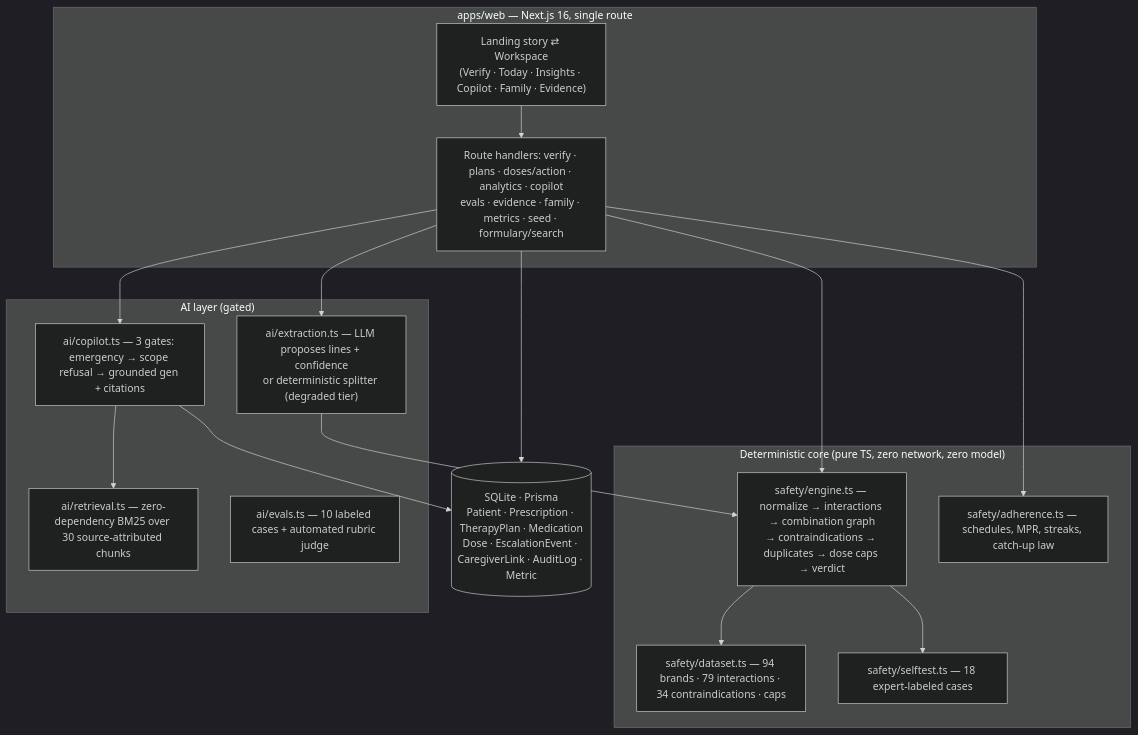
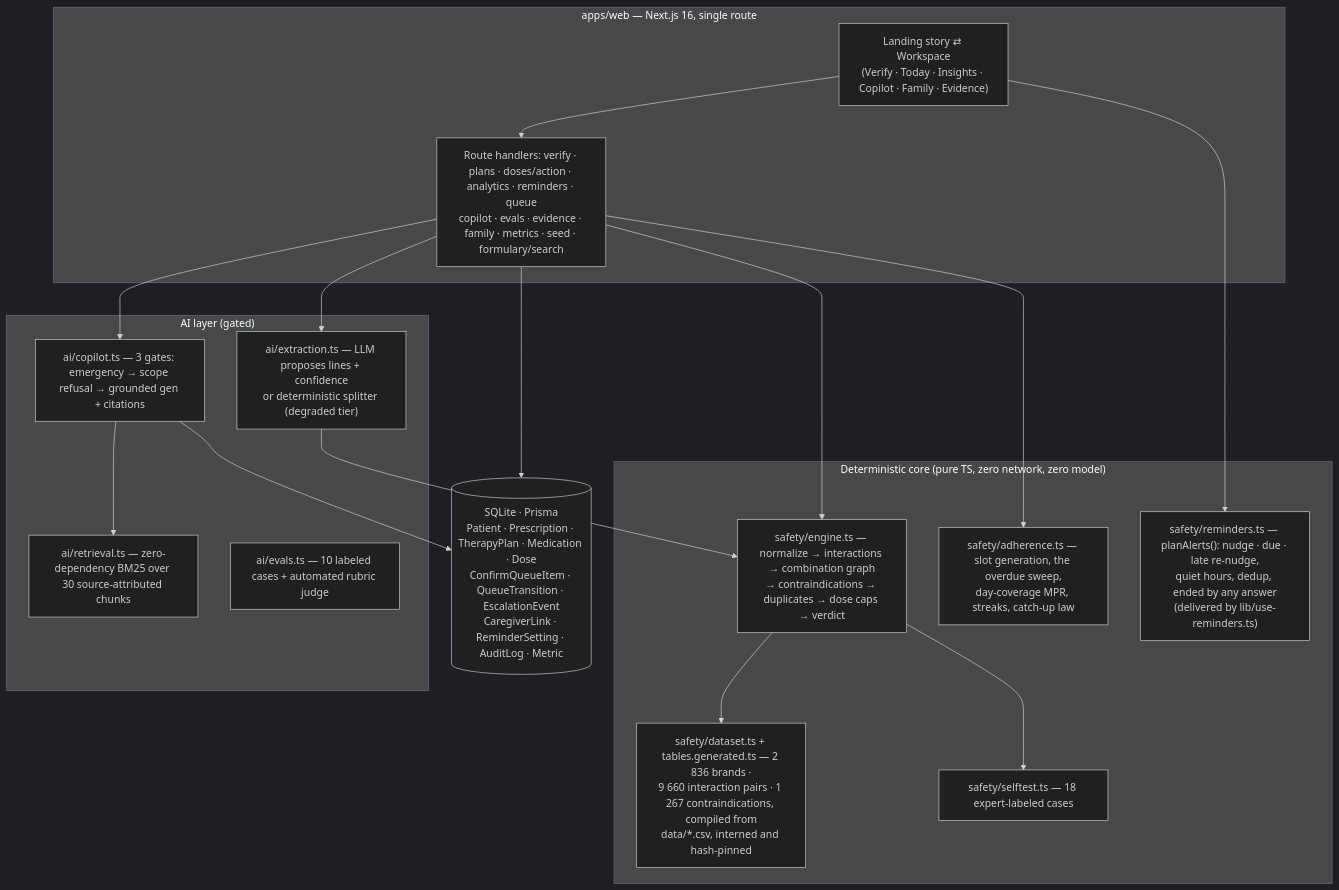
Before and after one commit to humoge7502/MediSaathi: the first of 2 diagrams in docs/ARCHITECTURE.md, drawn with Mermaid (dark theme). The commit also changed other lines of this file and 323 other files, not shown here.

````diff
--- a/docs/ARCHITECTURE.md
+++ b/docs/ARCHITECTURE.md
@@ -19,26 +19,28 @@
 ```mermaid
 flowchart TB
     subgraph WEB["apps/web — Next.js 16, single route"]
         UI["Landing story ⇄ Workspace<br/>(Verify · Today · Insights · Copilot · Family · Evidence)"]
-        API["Route handlers: verify · plans · doses/action · analytics · copilot<br/>evals · evidence · family · metrics · seed · formulary/search"]
+        API["Route handlers: verify · plans · doses/action · analytics · reminders · queue<br/>copilot · evals · evidence · family · metrics · seed · formulary/search"]
     end
     subgraph CORE["Deterministic core (pure TS, zero network, zero model)"]
         ENG["safety/engine.ts — normalize → interactions → combination graph<br/>→ contraindications → duplicates → dose caps → verdict"]
-        ADH["safety/adherence.ts — schedules, MPR, streaks, catch-up law"]
-        DS["safety/dataset.ts — 94 brands · 79 interactions · 34 contraindications · caps"]
+        ADH["safety/adherence.ts — slot generation, the overdue sweep,<br/>day-coverage MPR, streaks, catch-up law"]
+        REM["safety/reminders.ts — planAlerts(): nudge · due · late re-nudge,<br/>quiet hours, dedup, ended by any answer<br/>(delivered by lib/use-reminders.ts)"]
+        DS["safety/dataset.ts + tables.generated.ts — 2 836 brands ·<br/>9 660 interaction pairs · 1 267 contraindications, compiled from<br/>data/*.csv, interned and hash-pinned"]
         ST["safety/selftest.ts — 18 expert-labeled cases"]
     end
     subgraph AI["AI layer (gated)"]
         EXT["ai/extraction.ts — LLM proposes lines + confidence<br/>or deterministic splitter (degraded tier)"]
         COP["ai/copilot.ts — 3 gates: emergency → scope refusal → grounded gen + citations"]
         RET["ai/retrieval.ts — zero-dependency BM25 over 30 source-attributed chunks"]
         EV["ai/evals.ts — 10 labeled cases + automated rubric judge"]
     end
-    DB[("SQLite · Prisma<br/>Patient · Prescription · TherapyPlan · Medication<br/>Dose · EscalationEvent · CaregiverLink · AuditLog · Metric")]
+    DB[("SQLite · Prisma<br/>Patient · Prescription · TherapyPlan · Medication · Dose<br/>ConfirmQueueItem · QueueTransition · EscalationEvent<br/>CaregiverLink · ReminderSetting · AuditLog · Metric")]
     UI --> API
+    UI --> REM
     API --> ENG & ADH & DB
     ENG --> DS & ST
     API --> EXT --> ENG
     API --> COP --> RET
     COP --> DB
 ```
````
